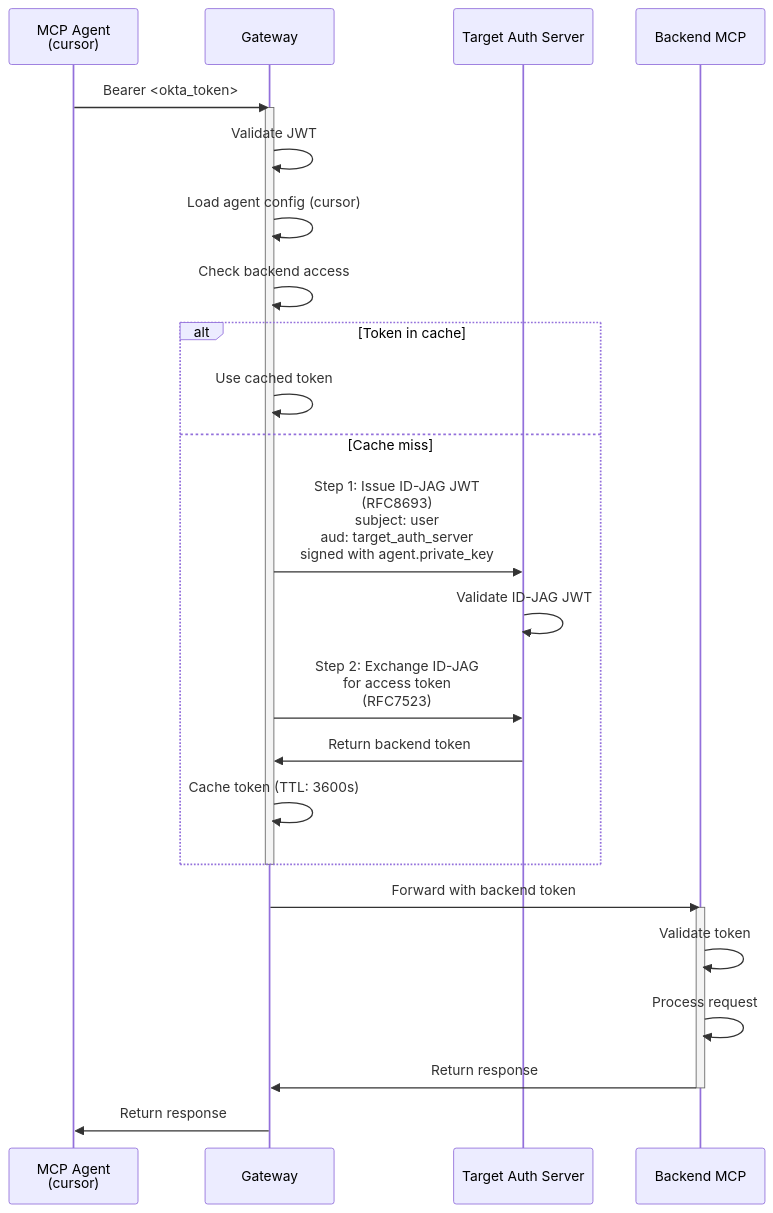
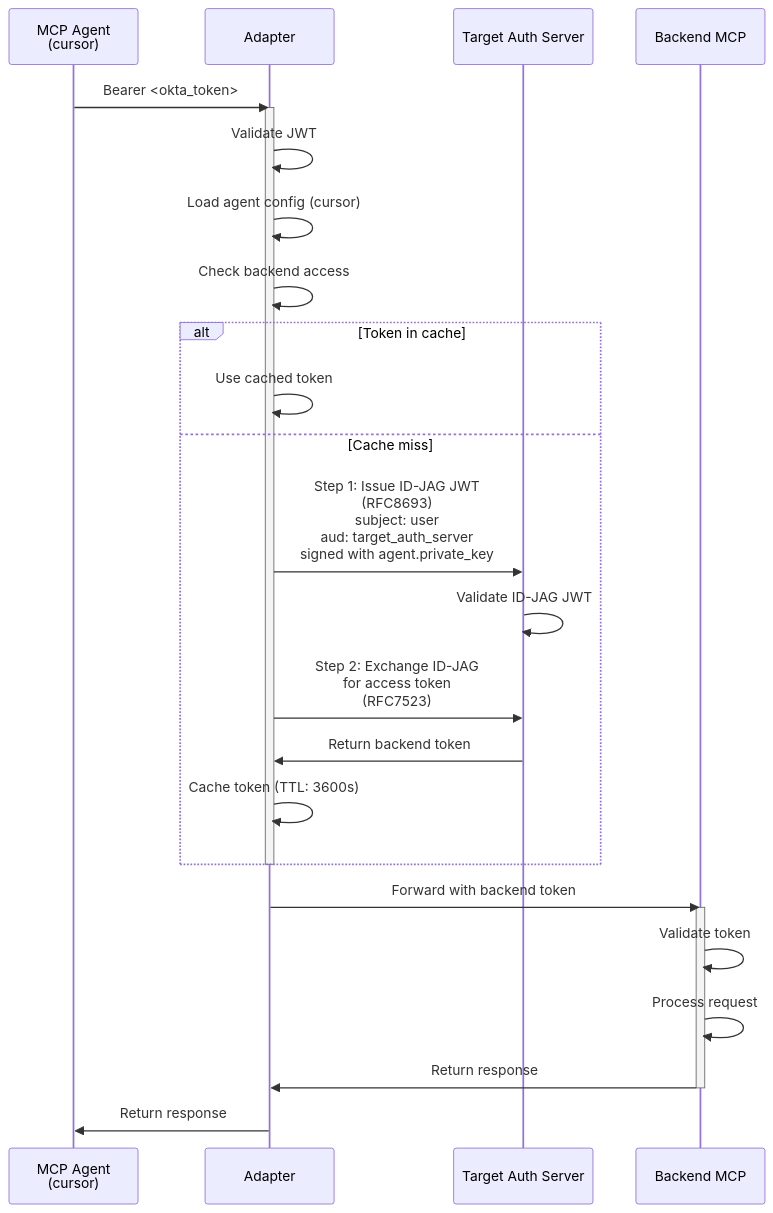
The second of 2 diagrams in docs/ARCHITECTURE_DIAGRAM.md (indranilokg/okta-agent-mcp-adapter), drawn with Mermaid before and after one commit. The commit also changed other lines of this file and 2 other files, not shown here.

Commit message:
Sequence Flow

````diff
--- a/docs/ARCHITECTURE_DIAGRAM.md
+++ b/docs/ARCHITECTURE_DIAGRAM.md
@@ -254,36 +254,36 @@
 ```mermaid
 sequenceDiagram
     participant Agent as MCP Agent<br/>(cursor)
-    participant Gateway as Gateway
+    participant Adapter as Adapter
     participant TargetAuth as Target Auth Server
     participant Backend as Backend MCP
     
-    Agent->>Gateway: Bearer <okta_token>
-    activate Gateway
+    Agent->>Adapter: Bearer <okta_token>
+    activate Adapter
     
-    Gateway->>Gateway: Validate JWT
-    Gateway->>Gateway: Load agent config (cursor)
-    Gateway->>Gateway: Check backend access
+    Adapter->>Adapter: Validate JWT
+    Adapter->>Adapter: Load agent config (cursor)
+    Adapter->>Adapter: Check backend access
     
     alt Token in cache
-        Gateway->>Gateway: Use cached token
+        Adapter->>Adapter: Use cached token
     else Cache miss
-        Gateway->>TargetAuth: Step 1: Issue ID-JAG JWT<br/>(RFC8693)<br/>subject: user<br/>aud: target_auth_server<br/>signed with agent.private_key
+        Adapter->>TargetAuth: Step 1: Issue ID-JAG JWT<br/>(RFC8693)<br/>subject: user<br/>aud: target_auth_server<br/>signed with agent.private_key
         TargetAuth->>TargetAuth: Validate ID-JAG JWT
         
-        Gateway->>TargetAuth: Step 2: Exchange ID-JAG<br/>for access token<br/>(RFC7523)
-        TargetAuth->>Gateway: Return backend token
-        Gateway->>Gateway: Cache token (TTL: 3600s)
+        Adapter->>TargetAuth: Step 2: Exchange ID-JAG<br/>for access token<br/>(RFC7523)
+        TargetAuth->>Adapter: Return backend token
+        Adapter->>Adapter: Cache token (TTL: 3600s)
     end
     
-    deactivate Gateway
+    deactivate Adapter
     
-    Gateway->>Backend: Forward with backend token
+    Adapter->>Backend: Forward with backend token
     activate Backend
     Backend->>Backend: Validate token
     Backend->>Backend: Process request
-    Backend->>Gateway: Return response
+    Backend->>Adapter: Return response
     deactivate Backend
     
-    Gateway->>Agent: Return response
+    Adapter->>Agent: Return response
 ```
````
